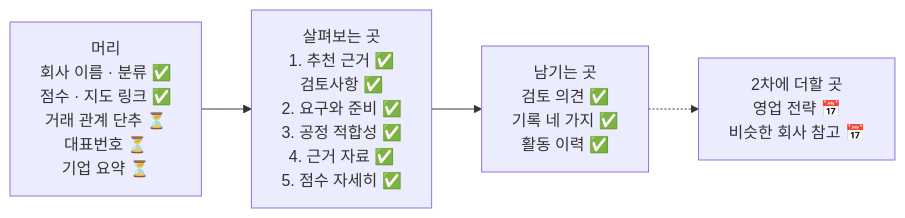
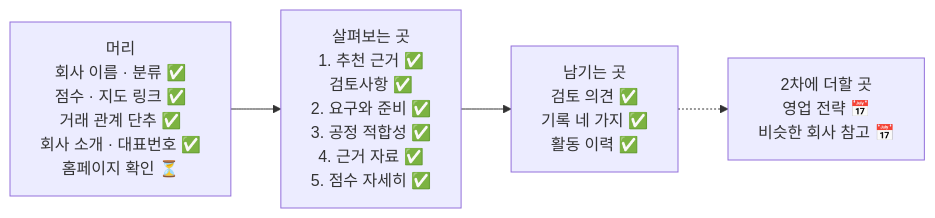
The third of 3 diagrams in docs/map/feature-map.md (agent-ddalgi-team/final-geosan), drawn with Mermaid before and after one commit. The commit also changed other lines of this file and 3 other files, not shown here.

````diff
--- a/docs/map/feature-map.md
+++ b/docs/map/feature-map.md
@@ -107,9 +107,9 @@
 ```mermaid
 flowchart LR
-    H["머리<br/>회사 이름 · 분류 ✅<br/>점수 · 지도 링크 ✅<br/>거래 관계 단추 ⏳<br/>대표번호 ⏳<br/>기업 요약 ⏳"]
+    H["머리<br/>회사 이름 · 분류 ✅<br/>점수 · 지도 링크 ✅<br/>거래 관계 단추 ✅<br/>회사 소개 · 대표번호 ✅<br/>홈페이지 확인 ⏳"]
     R["살펴보는 곳<br/>1. 추천 근거 ✅<br/>검토사항 ✅<br/>2. 요구와 준비 ✅<br/>3. 공정 적합성 ✅<br/>4. 근거 자료 ✅<br/>5. 점수 자세히 ✅"]
     W["남기는 곳<br/>검토 의견 ✅<br/>기록 네 가지 ✅<br/>활동 이력 ✅"]
     K["2차에 더할 곳<br/>영업 전략 📅<br/>비슷한 회사 참고 📅"]
     H --> R --> W
     W -.-> K
 ```
````
